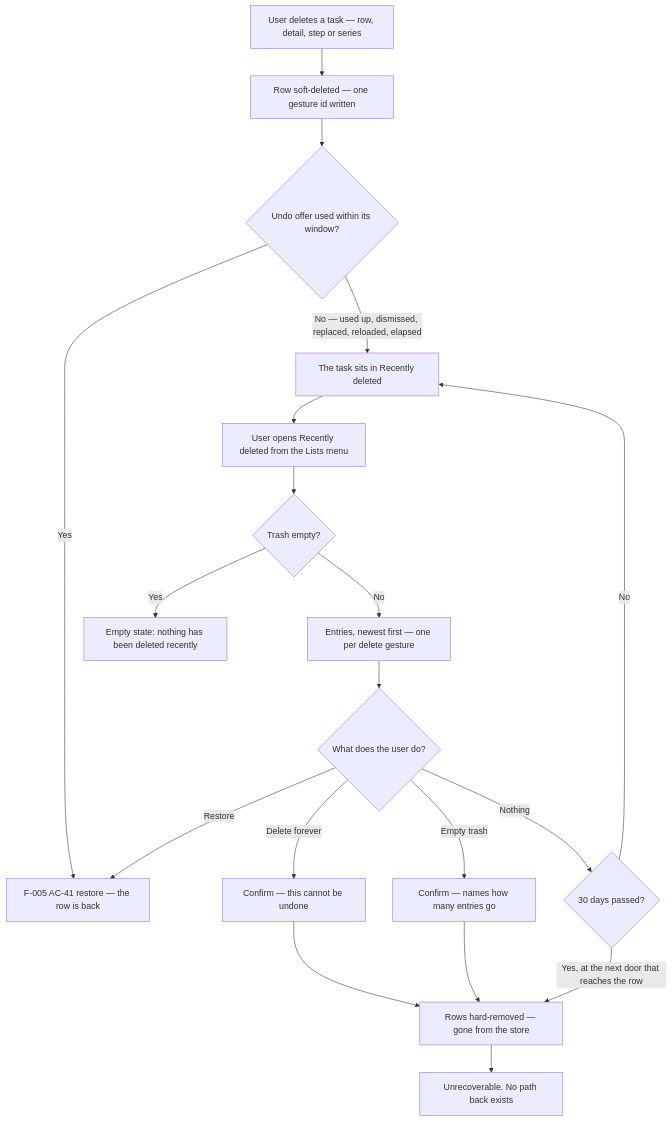
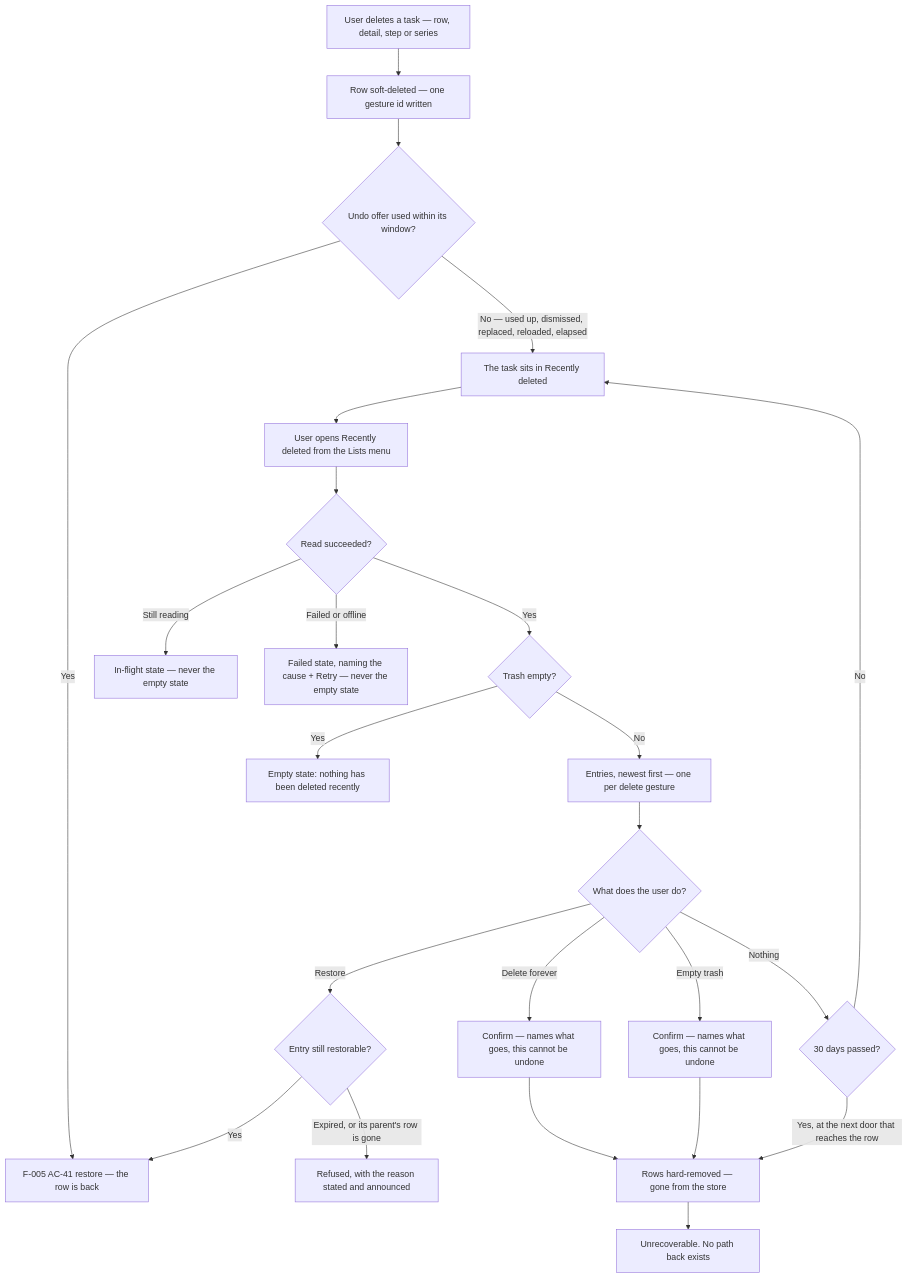
The first of 2 diagrams in docs/specs/assistant/F-006-recently-deleted.md (tandt53/todo-ai-redesign), drawn with Mermaid before and after one commit. The commit also changed other lines of this file and 7 other files, not shown here.

````diff
--- a/docs/specs/assistant/F-006-recently-deleted.md
+++ b/docs/specs/assistant/F-006-recently-deleted.md
@@ -118,21 +132,26 @@
 ```mermaid
 flowchart TD
     A[User deletes a task — row, detail, step or series] --> B[Row soft-deleted — one gesture id written]
     B --> C{Undo offer used within its window?}
     C -->|Yes| D[F-005 AC-41 restore — the row is back]
     C -->|No — used up, dismissed, replaced, reloaded, elapsed| E[The task sits in Recently deleted]
     E --> F[User opens Recently deleted from the Lists menu]
-    F --> G{Trash empty?}
-    G -->|Yes| H[Empty state: nothing has been deleted recently]
-    G -->|No| I[Entries, newest first — one per delete gesture]
-    I --> J{What does the user do?}
-    J -->|Restore| D
-    J -->|Delete forever| K[Confirm — this cannot be undone]
-    J -->|Empty trash| L[Confirm — names how many entries go]
-    J -->|Nothing| M{30 days passed?}
-    K --> N[Rows hard-removed — gone from the store]
-    L --> N
-    M -->|Yes, at the next door that reaches the row| N
-    M -->|No| E
-    N --> O[Unrecoverable. No path back exists]
+    F --> G{Read succeeded?}
+    G -->|Still reading| G1[In-flight state — never the empty state]
+    G -->|Failed or offline| G2[Failed state, naming the cause + Retry — never the empty state]
+    G -->|Yes| H{Trash empty?}
+    H -->|Yes| I[Empty state: nothing has been deleted recently]
+    H -->|No| J[Entries, newest first — one per delete gesture]
+    J --> K{What does the user do?}
+    K -->|Restore| L{Entry still restorable?}
+    L -->|Yes| D
+    L -->|Expired, or its parent's row is gone| M[Refused, with the reason stated and announced]
+    K -->|Delete forever| N[Confirm — names what goes, this cannot be undone]
+    K -->|Empty trash| O[Confirm — names what goes, this cannot be undone]
+    K -->|Nothing| P{30 days passed?}
+    N --> Q[Rows hard-removed — gone from the store]
+    O --> Q
+    P -->|Yes, at the next door that reaches the row| Q
+    P -->|No| E
+    Q --> R[Unrecoverable. No path back exists]
 ```
````
